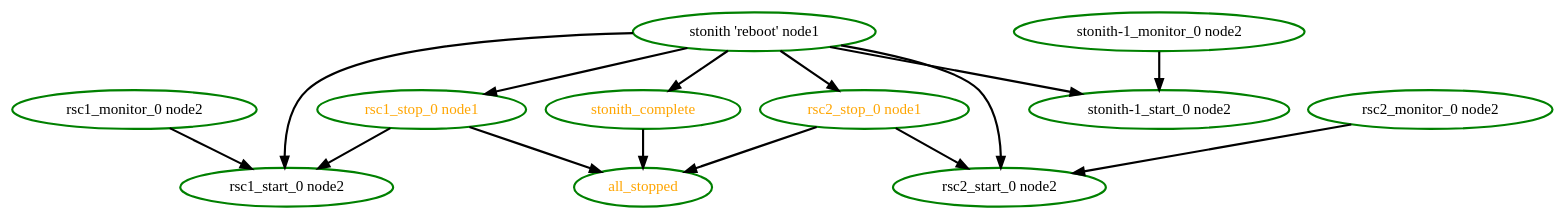
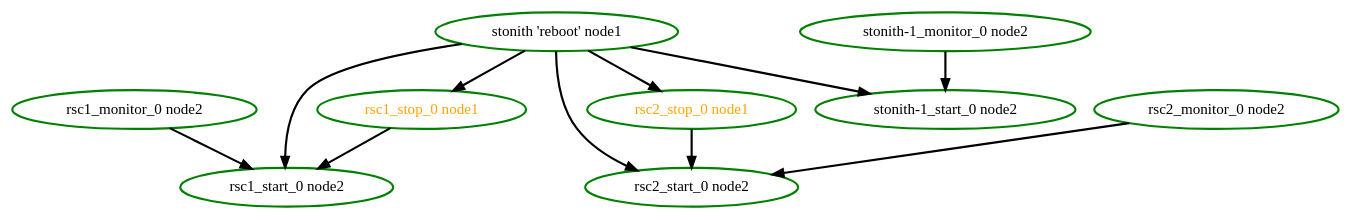
One commit to ClusterLabs/pacemaker changed the diagram in cts/scheduler/rec-node-6.dot. Above: the diagram before and after it, drawn with Graphviz. The commit also changed 1440 other files, not shown here.

Commit message:
Test: scheduler: update tests for all_stopped/stonith_complete removal

```diff
--- a/cts/scheduler/rec-node-6.dot
+++ b/cts/scheduler/rec-node-6.dot
@@ -1,27 +1,21 @@
 digraph "g" {
-"all_stopped" [ style=bold color="green" fontcolor="orange" ]
 "rsc1_monitor_0 node2" -> "rsc1_start_0 node2" [ style = bold]
 "rsc1_monitor_0 node2" [ style=bold color="green" fontcolor="black" ]
 "rsc1_start_0 node2" [ style=bold color="green" fontcolor="black" ]
-"rsc1_stop_0 node1" -> "all_stopped" [ style = bold]
 "rsc1_stop_0 node1" -> "rsc1_start_0 node2" [ style = bold]
 "rsc1_stop_0 node1" [ style=bold color="green" fontcolor="orange" ]
 "rsc2_monitor_0 node2" -> "rsc2_start_0 node2" [ style = bold]
 "rsc2_monitor_0 node2" [ style=bold color="green" fontcolor="black" ]
 "rsc2_start_0 node2" [ style=bold color="green" fontcolor="black" ]
-"rsc2_stop_0 node1" -> "all_stopped" [ style = bold]
 "rsc2_stop_0 node1" -> "rsc2_start_0 node2" [ style = bold]
 "rsc2_stop_0 node1" [ style=bold color="green" fontcolor="orange" ]
 "stonith 'reboot' node1" -> "rsc1_start_0 node2" [ style = bold]
 "stonith 'reboot' node1" -> "rsc1_stop_0 node1" [ style = bold]
 "stonith 'reboot' node1" -> "rsc2_start_0 node2" [ style = bold]
 "stonith 'reboot' node1" -> "rsc2_stop_0 node1" [ style = bold]
 "stonith 'reboot' node1" -> "stonith-1_start_0 node2" [ style = bold]
-"stonith 'reboot' node1" -> "stonith_complete" [ style = bold]
 "stonith 'reboot' node1" [ style=bold color="green" fontcolor="black"]
 "stonith-1_monitor_0 node2" -> "stonith-1_start_0 node2" [ style = bold]
 "stonith-1_monitor_0 node2" [ style=bold color="green" fontcolor="black" ]
 "stonith-1_start_0 node2" [ style=bold color="green" fontcolor="black" ]
-"stonith_complete" -> "all_stopped" [ style = bold]
-"stonith_complete" [ style=bold color="green" fontcolor="orange" ]
 }
```
